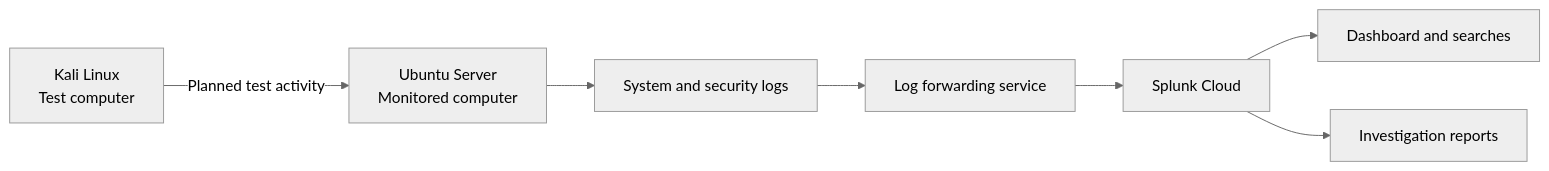
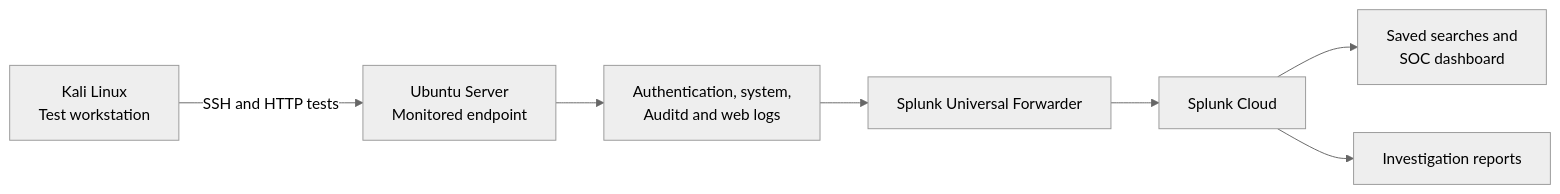
One commit to chasemad/Splunk-Lab changed the diagram in README.md. Above: the diagram before and after it, drawn with Mermaid (neutral theme). The commit also changed other lines of this file, not shown here.

Commit message:
Refine SOC lab overview for a professional, accessible recruiter audience

````diff
--- a/README.md
+++ b/README.md
@@ -51,9 +52,9 @@
 ```mermaid
 flowchart LR
-  K["Kali Linux<br/>Test computer"] -->|"Planned test activity"| U["Ubuntu Server<br/>Monitored computer"]
-  U --> L["System and security logs"]
-  L --> F["Log forwarding service"]
+  K["Kali Linux<br/>Test workstation"] -->|"SSH and HTTP tests"| U["Ubuntu Server<br/>Monitored endpoint"]
+  U --> L["Authentication, system,<br/>Auditd and web logs"]
+  L --> F["Splunk Universal Forwarder"]
   F --> S["Splunk Cloud"]
-  S --> D["Dashboard and searches"]
+  S --> D["Saved searches and<br/>SOC dashboard"]
   S --> I["Investigation reports"]
 ```
````
